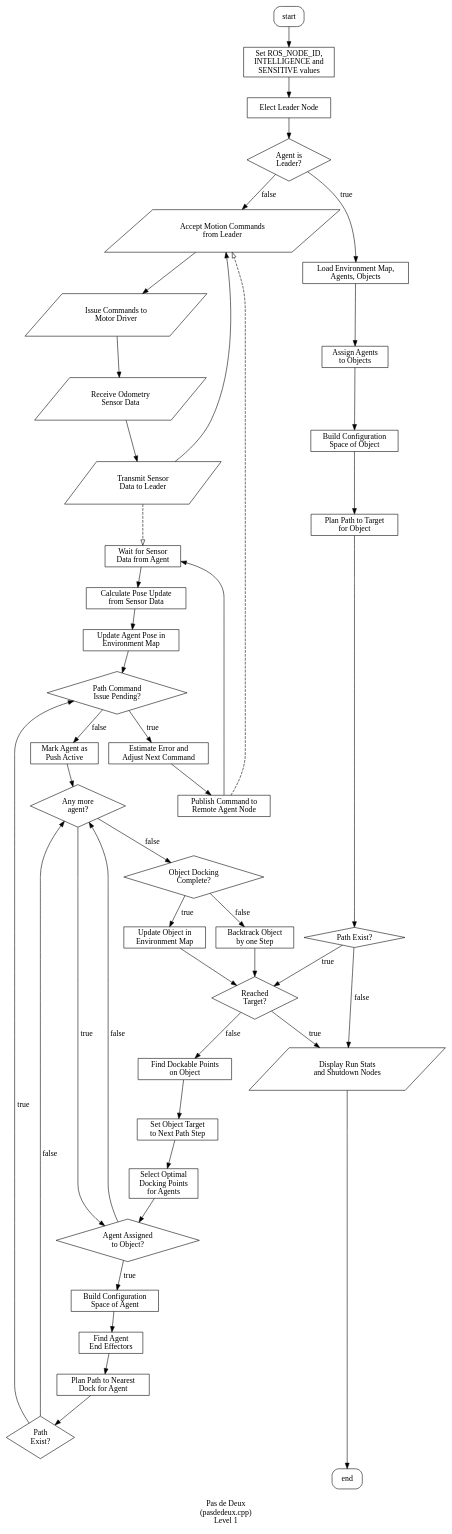
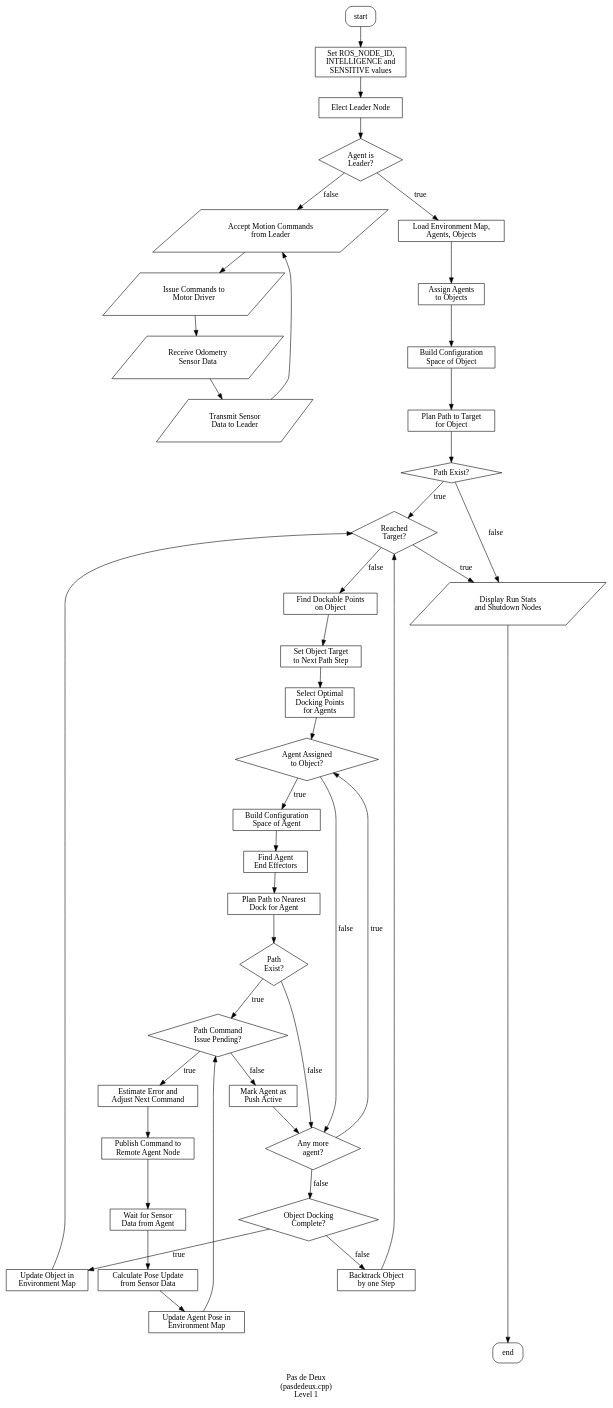
The diagram in flow/g3.dot (prince-ph0en1x/ros_swarm), drawn with Graphviz before and after one commit. The commit also changed 5 other files, not shown here.

```diff
--- a/flow/g3.dot
+++ b/flow/g3.dot
@@ -1,156 +1,156 @@
 digraph {
     label="\nPas de Deux\n(pasdedeux.cpp)\nLevel 1"
 
     node[shape="box", style="rounded"]
        start; end;
     
 	main01 [shape = "box", style = ""];
 	start -> main01;
 	main01 [label = "Set ROS_NODE_ID,\nINTELLIGENCE and\nSENSITIVE values"]
 	
 	main02 [shape = "box", style = ""];
 	main01 -> main02;
 	main02 [label = "Elect Leader Node"];
 	
 	main03 [shape = "diamond", style = ""];
 	main02 -> main03;
 	main03 [label = "Agent is\nLeader?"];
 	
 	main04 [shape = "parallelogram", style = ""];
 	main03 -> main04 [label = "false"];
 	main04 [label = "Accept Motion Commands\nfrom Leader"];
 	
 	main05 [shape = "parallelogram", style = ""];
 	main04 -> main05;
 	main05 [label = "Issue Commands to\nMotor Driver"];
 	
 	main06 [shape = "parallelogram", style = ""];
 	main05 -> main06;
 	main06 [label = "Receive Odometry\nSensor Data"];
 	
 	main07 [shape = "parallelogram", style = ""];
 	main06 -> main07;
 	main07 -> main04
 	main07 [label = "Transmit Sensor\nData to Leader"];
 	
 	main08 [shape = "box", style = ""];
 	main03 -> main08 [label = "true"];
 	#edge [arrowhead=normal,arrowtail=dot];
 	main08 [label = "Load Environment Map,\nAgents, Objects"];
 	
 	main09 [shape = "box", style = ""];
 	main08 -> main09;
 	main09 [label = "Assign Agents\nto Objects"];
 	
 	main10 [shape = "box", style = ""];
 	main09 -> main10;
 	main10 [label = "Build Configuration\nSpace of Object"];
 	
 	main11 [shape = "box", style = ""];
 	main10 -> main11;
 	main11 [label = "Plan Path to Target\nfor Object"];
 	
 	main12 [shape = "diamond", style = ""];
 	main11 -> main12;
 	main12 -> main99 [label = "false"];
 	main12 -> main13 [label = "true"];
 	main12 [label = "Path Exist?"];
 	
 	main13 [shape = "diamond", style = ""];
 	main13 -> main99 [label = "true"];
 	main13 [label = "Reached\nTarget?"];
 	
 	main14 [shape = "box", style = ""];
 	main13 -> main14 [label = "false"];
 	main14 [label = "Find Dockable Points\non Object"];
 	
 	main15 [shape = "box", style = ""];
 	main14 -> main15;
 	main15 [label = "Set Object Target\nto Next Path Step"];
 	
 	main16 [shape = "box", style = ""];
 	main15 -> main16;
 	main16 [label = "Select Optimal\nDocking Points\nfor Agents"];
 		
 	main17 [shape = "diamond", style = ""];
 	main16 -> main17;
 	main17 [label = "Agent Assigned\nto Object?"];
 	
 	main18 [shape = "box", style = ""];
 	main17 -> main18 [label = "true"];
 	main18 [label = "Build Configuration\nSpace of Agent"];
 	
 	main19 [shape = "box", style = ""];
 	main18 -> main19;
 	main19 [label = "Find Agent\nEnd Effectors"];
 	
 	main20 [shape = "box", style = ""];
 	main19 -> main20;
 	main20 [label = "Plan Path to Nearest\nDock for Agent"];
 	
 	main21 [shape = "diamond", style = ""];
 	main20 -> main21;
 	main21 [label = "Path\nExist?"];
 	
 	main22 [shape = "diamond", style = ""];
 	main17 -> main22 [label = "false"];
 	main21 -> main22 [label = "false"];
 	main22 [label = "Any more\nagent?"];
 	
 	main23 [shape = "diamond", style = ""];
 	main21 -> main23 [label = "true"];
 	main23 [label = "Path Command\nIssue Pending?"];
 	
 	main24 [shape = "box", style = ""];
 	main23 -> main24 [label = "true"];
 	main24 [label = "Estimate Error and\nAdjust Next Command"];
 	
 	main25 [shape = "box", style = ""];
 	main24 -> main25;
 	main25 [label = "Publish Command to\nRemote Agent Node"];
 	
 	main26 [shape = "box", style = ""];
 	main25 -> main26;
 	main26 [label = "Wait for Sensor\nData from Agent"];
 	
 	main27 [shape = "box", style = ""];
 	main26 -> main27;
 	main27 [label = "Calculate Pose Update\nfrom Sensor Data"];
 	
 	main28 [shape = "box", style = ""];
 	main27 -> main28;
 	main28 -> main23;
 	main28 [label = "Update Agent Pose in\nEnvironment Map"];
 	
 	main29 [shape = "box", style = ""];
 	main23 -> main29 [label = "false"];
 	main29 -> main22;
 	main29 [label = "Mark Agent as\nPush Active"];
 	
 	main22 -> main17 [label = "true"];
 	
 	main30 [shape = "diamond", style = ""];
 	main22 -> main30 [label = "false"];
 	main30 [label = "Object Docking\nComplete?"];
 	
 	main31 [shape = "box", style = ""];
 	main30 -> main31 [label = "true"];
 	main31 -> main13;
 	main31 [label = "Update Object in\nEnvironment Map"];
 	
 	main32 [shape = "box", style = ""];
 	main30 -> main32 [label = "false"];
 	main32 -> main13;
 	main32 [label = "Backtrack Object\nby one Step"];
 	
-	main25 -> main04 [arrowhead = onormal, style = dashed];
-	main07 -> main26 [arrowhead = onormal, style = dashed];
+	#main25 -> main04 [arrowhead = onormal, style = dashed];
+	#main07 -> main26 [arrowhead = onormal, style = dashed];
 	
 	main99 [shape = "parallelogram", style = ""];
 	main99 [label = "Display Run Stats\nand Shutdown Nodes"];
 	
 	main99 -> end;
 	
 	{rank = sink; end}
 }
 # dot -Tpng -o graph.png g3.dot
```
